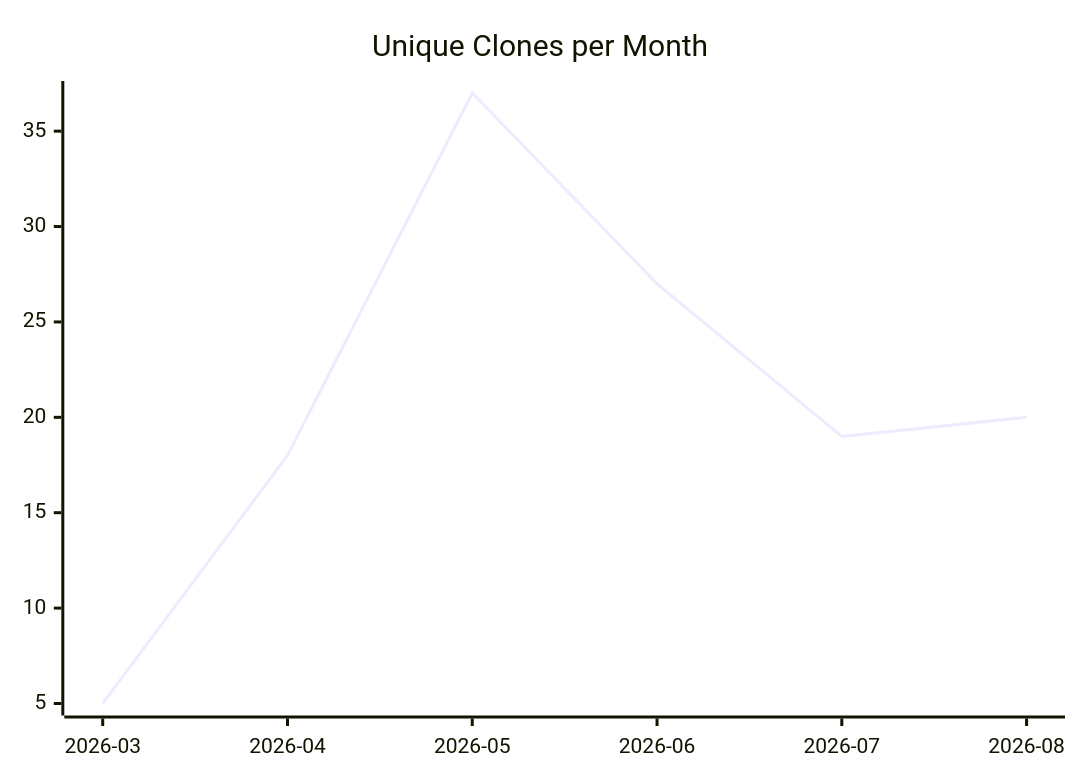
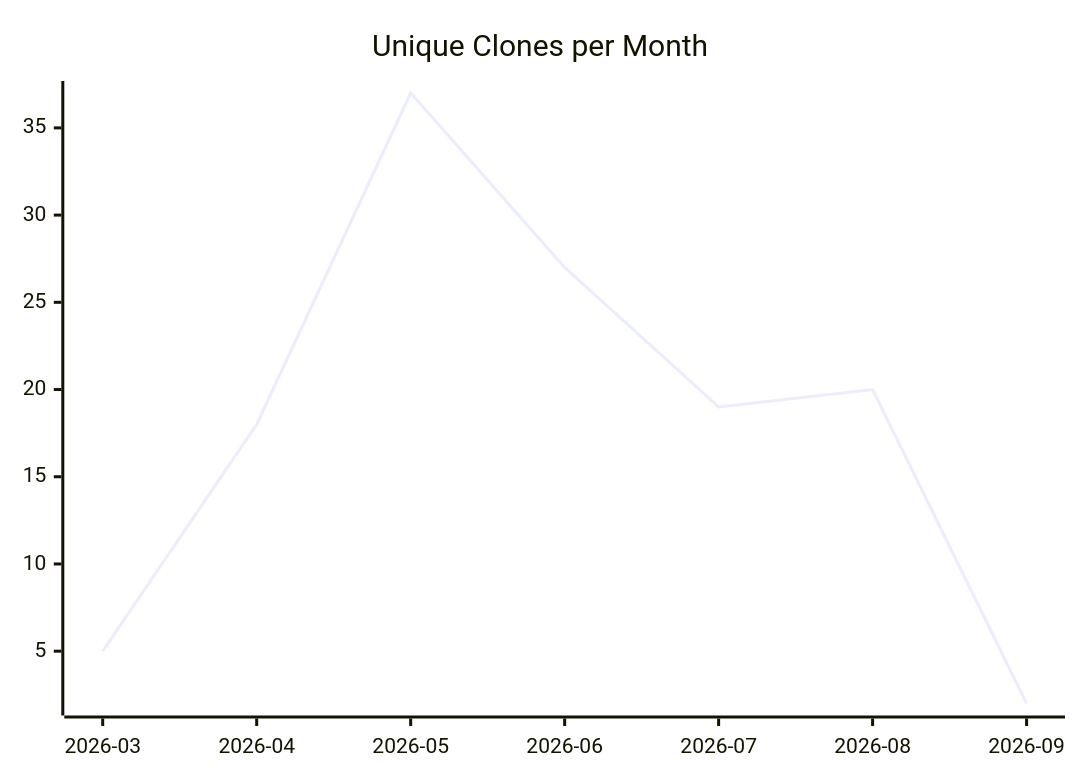
Before and after one commit to justdavis-family/github-analytics-data: the third of 3 diagrams in karlmdavis/obsidian-operator/README.md, drawn with Mermaid. The commit also changed other lines of this file and 191 other files, not shown here.

````diff
--- a/karlmdavis/obsidian-operator/README.md
+++ b/karlmdavis/obsidian-operator/README.md
@@ -19,6 +19,6 @@
 ```mermaid
 xychart-beta
   title "Unique Clones per Month"
-  x-axis ["2026-03", "2026-04", "2026-05", "2026-06", "2026-07", "2026-08"]
-  line [5, 18, 37, 27, 19, 20]
+  x-axis ["2026-03", "2026-04", "2026-05", "2026-06", "2026-07", "2026-08", "2026-09"]
+  line [5, 18, 37, 27, 19, 20, 2]
 ```
````
